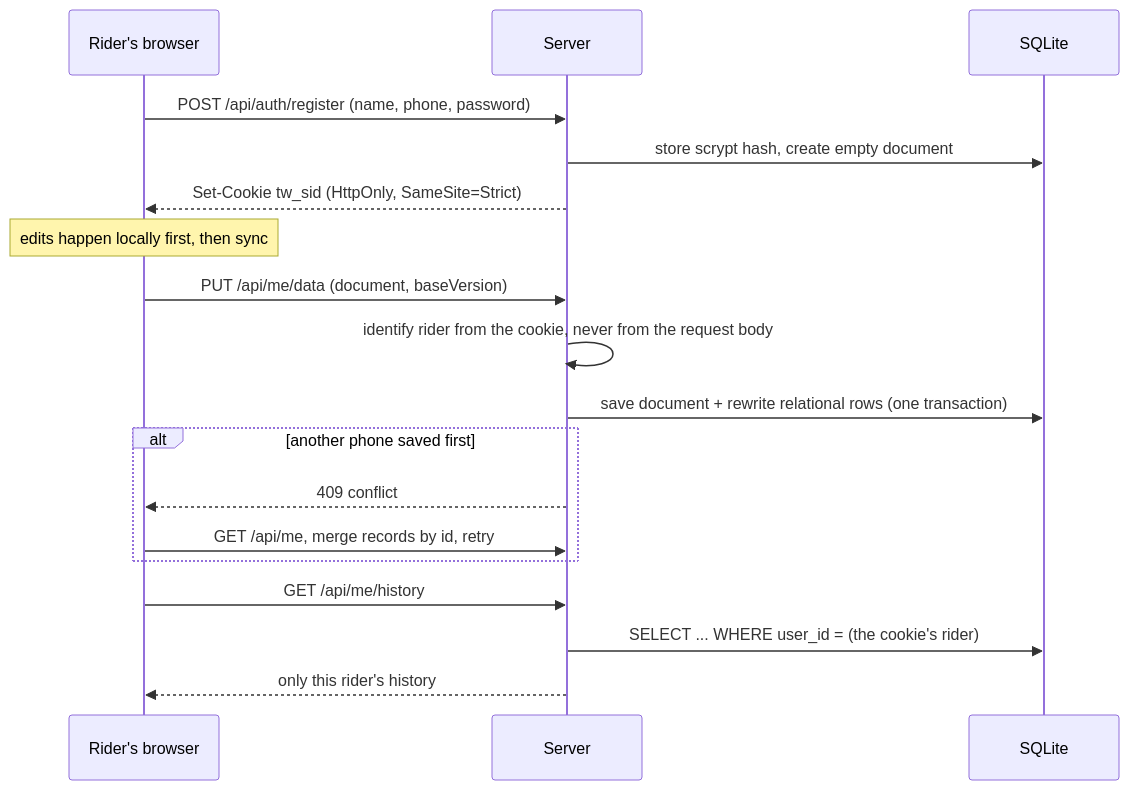
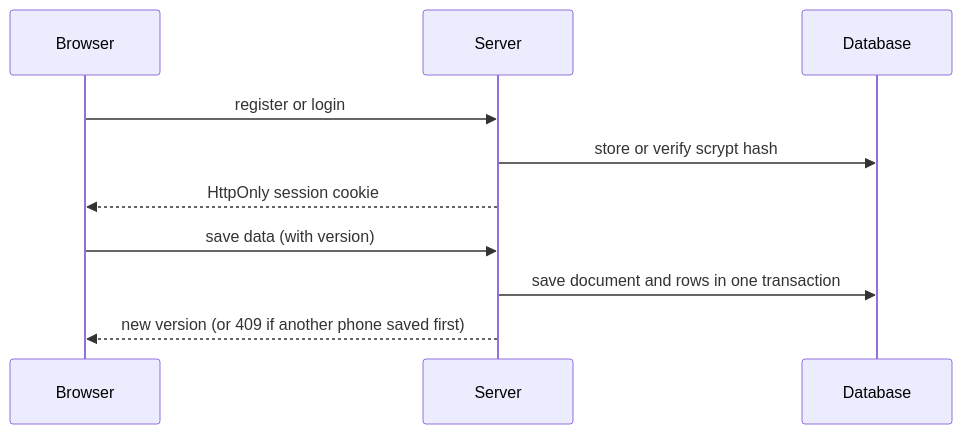
One commit to Pegasus717/TrueWage changed the fourth of 4 diagrams in README.md. Above: the diagram before and after it, drawn with Mermaid. The commit also changed other lines of this file and 12 other files, not shown here.

Commit message:
README rewrite (concise, diagrams), real app screenshots, demo links for screenshots

````diff
--- a/README.md
+++ b/README.md
@@ -237,21 +106,12 @@
 ```mermaid
 sequenceDiagram
-    participant R as Rider's browser
+    participant B as Browser
     participant S as Server
-    participant D as SQLite
-
-    R->>S: POST /api/auth/register (name, phone, password)
-    S->>D: store scrypt hash, create empty document
-    S-->>R: Set-Cookie tw_sid (HttpOnly, SameSite=Strict)
-    Note over R: edits happen locally first, then sync
-    R->>S: PUT /api/me/data (document, baseVersion)
-    S->>S: identify rider from the cookie, never from the request body
-    S->>D: save document + rewrite relational rows (one transaction)
-    alt another phone saved first
-        S-->>R: 409 conflict
-        R->>S: GET /api/me, merge records by id, retry
-    end
-    R->>S: GET /api/me/history
-    S->>D: SELECT ... WHERE user_id = (the cookie's rider)
-    S-->>R: only this rider's history
+    participant D as Database
+    B->>S: register or login
+    S->>D: store or verify scrypt hash
+    S-->>B: HttpOnly session cookie
+    B->>S: save data (with version)
+    S->>D: save document and rows in one transaction
+    S-->>B: new version (or 409 if another phone saved first)
 ```
````
